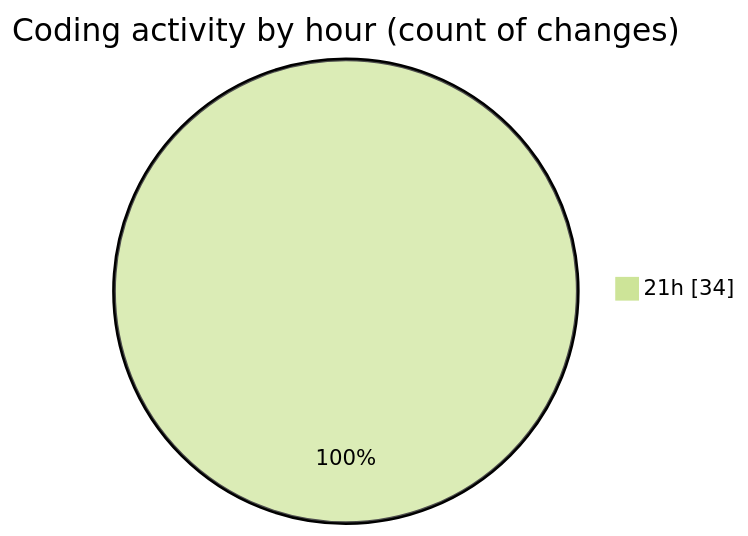
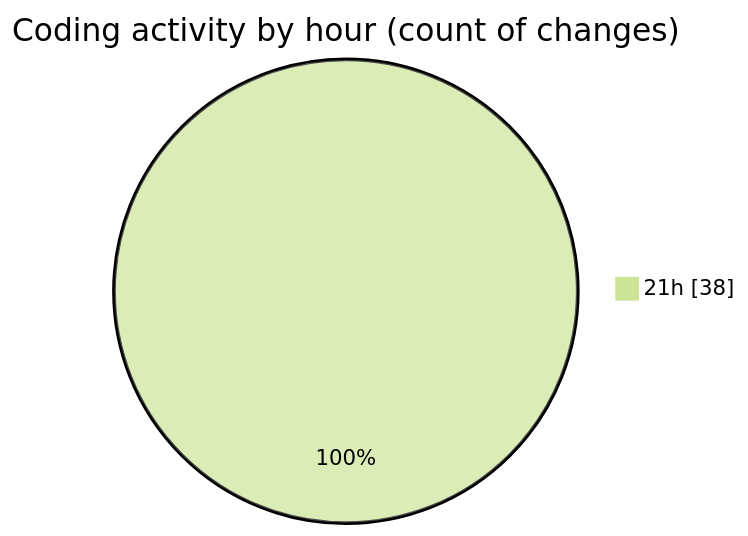
One commit to Ritupan-Deka/code-tracking changed the second of 2 diagrams in 2025-10-13/scopecraft/README.md. Above: the diagram before and after it, drawn with Mermaid (forest theme). The commit also changed other lines of this file and 1 other file, not shown here.

````diff
--- a/2025-10-13/scopecraft/README.md
+++ b/2025-10-13/scopecraft/README.md
@@ -37,5 +37,5 @@
 ```mermaid
 pie showData
 title Coding activity by hour (count of changes)
-"21h" : 34
+"21h" : 38
 ```
````
